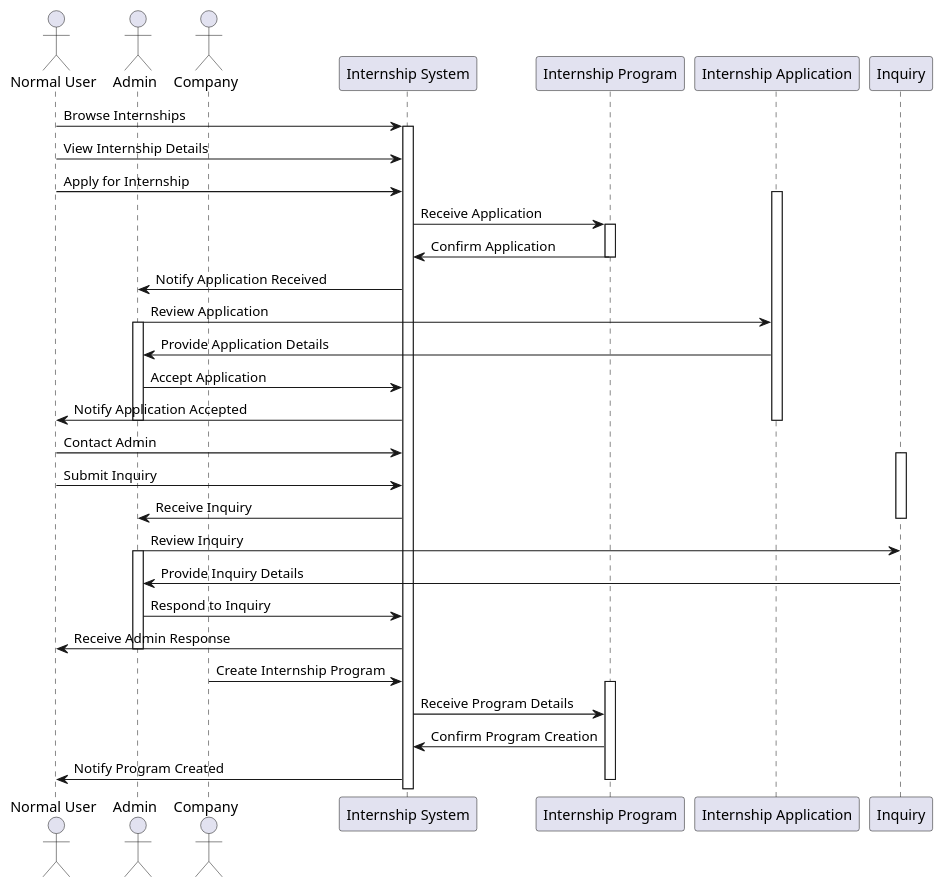
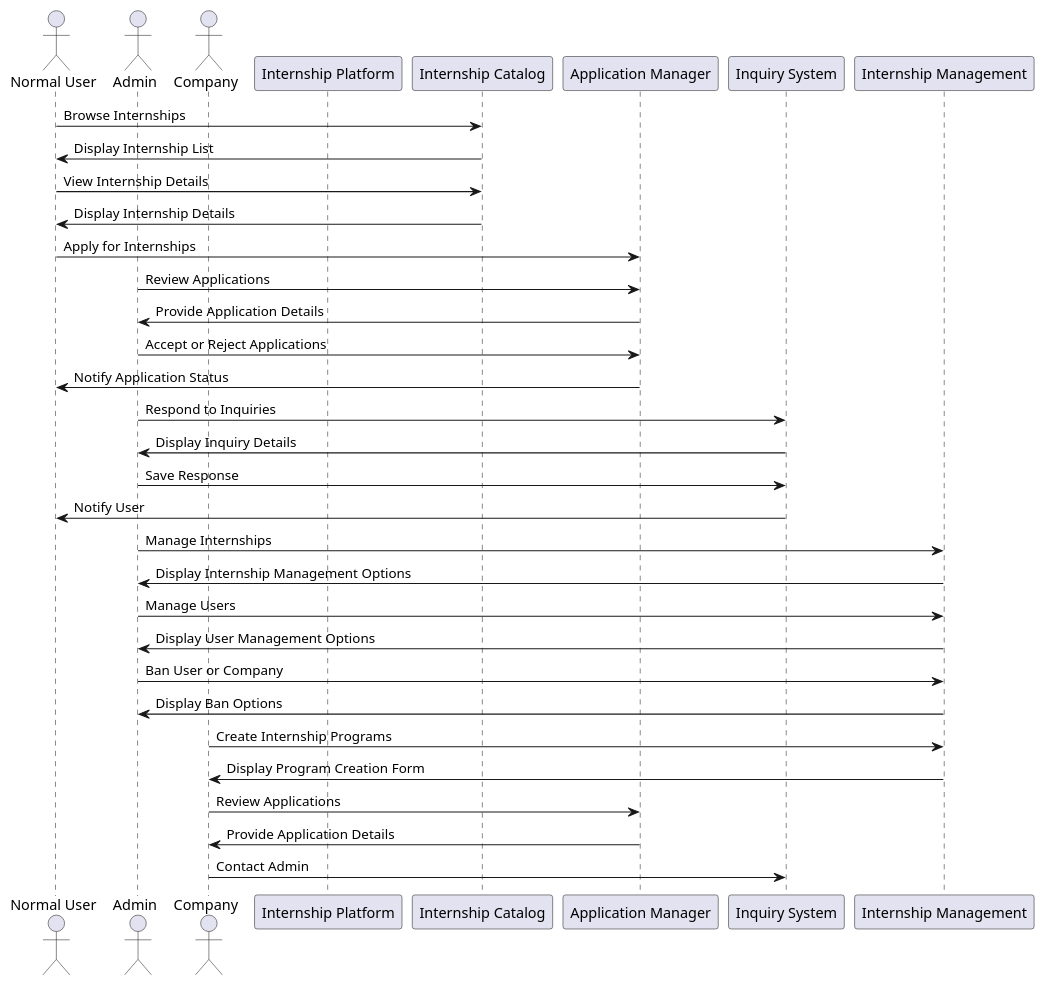
Before and after one commit to XRRRA/Internwise: the diagram in src/UML/Behavior/Sequence.wsd, drawn with PlantUML. The commit also changed 5 other files, not shown here.

Commit message:
Remade all the UML diagrams

```diff
--- a/src/UML/Behavior/Sequence.wsd
+++ b/src/UML/Behavior/Sequence.wsd
@@ -1,47 +1,47 @@
-@startuml sequence
-actor "Normal User" as User
-actor Admin as Admin
-actor Company as Company
-participant "Internship System" as System
-participant "Internship Program" as Program
-participant "Internship Application" as Application
-participant "Inquiry" as Inquiry
+@startuml
 
-User -> System: Browse Internships
-activate System
-User -> System: View Internship Details
-User -> System: Apply for Internship
-activate Application
-System -> Program: Receive Application
-activate Program
-Program -> System: Confirm Application
-deactivate Program
-System -> Admin: Notify Application Received
-Admin -> Application: Review Application
-activate Admin
-Application -> Admin: Provide Application Details
-Admin -> System: Accept Application 
-System -> User: Notify Application Accepted
-deactivate Admin
-deactivate Application
+actor "Normal User" as user
+actor "Admin" as admin
+actor "Company" as company
 
-User -> System: Contact Admin
-activate Inquiry
-User -> System: Submit Inquiry
-System -> Admin: Receive Inquiry
-deactivate Inquiry
-Admin -> Inquiry: Review Inquiry
-activate Admin
-Inquiry -> Admin: Provide Inquiry Details
-Admin -> System: Respond to Inquiry
-System -> User: Receive Admin Response
-deactivate Admin
+participant "Internship Platform" as platform
+participant "Internship Catalog" as catalog
+participant "Application Manager" as appManager
+participant "Inquiry System" as inquirySystem
+participant "Internship Management" as internshipManagement
 
-Company -> System: Create Internship Program
-activate Program
-System -> Program: Receive Program Details
-Program -> System: Confirm Program Creation
-System -> User: Notify Program Created
-deactivate Program
+
+user -> catalog: Browse Internships
+catalog -> user: Display Internship List
+
+user -> catalog: View Internship Details
+catalog -> user: Display Internship Details
+
+user -> appManager: Apply for Internships
+
+admin -> appManager: Review Applications
+appManager -> admin: Provide Application Details
+admin -> appManager: Accept or Reject Applications
+appManager -> user: Notify Application Status
+
+admin -> inquirySystem: Respond to Inquiries
+inquirySystem -> admin: Display Inquiry Details
+admin -> inquirySystem: Save Response
+inquirySystem -> user: Notify User
+
+admin -> internshipManagement: Manage Internships
+internshipManagement -> admin: Display Internship Management Options
+
+admin -> internshipManagement: Manage Users
+internshipManagement -> admin: Display User Management Options
+
+admin -> internshipManagement: Ban User or Company
+internshipManagement -> admin: Display Ban Options
+
+company -> internshipManagement: Create Internship Programs
+internshipManagement -> company: Display Program Creation Form
+company -> appManager: Review Applications
+appManager -> company: Provide Application Details
+company -> inquirySystem: Contact Admin
 
 @enduml
```
